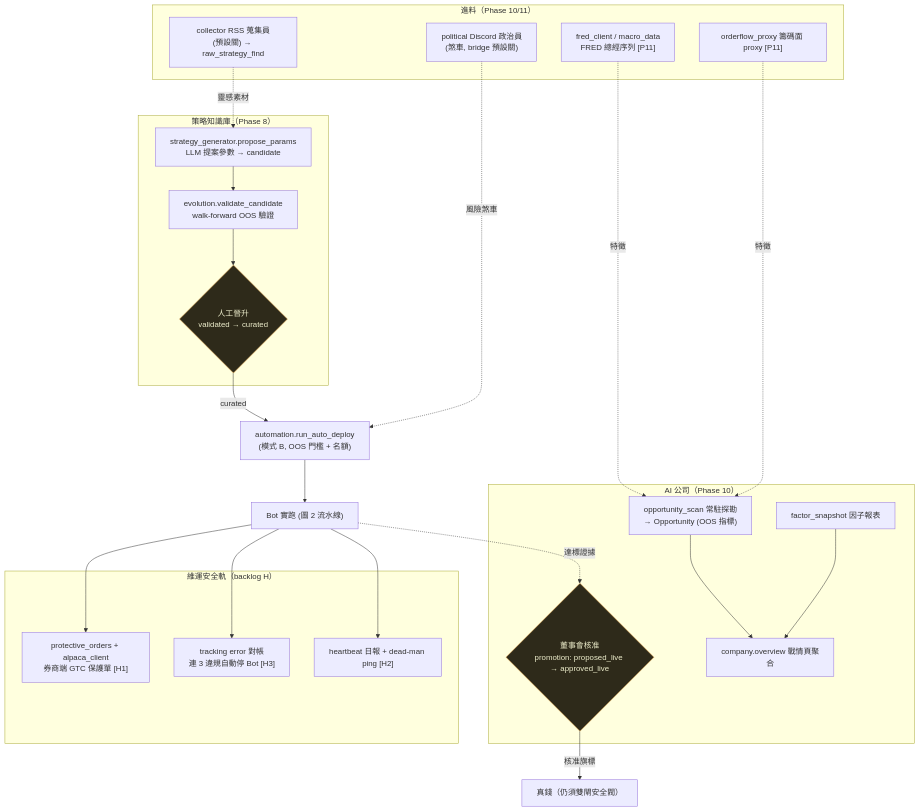
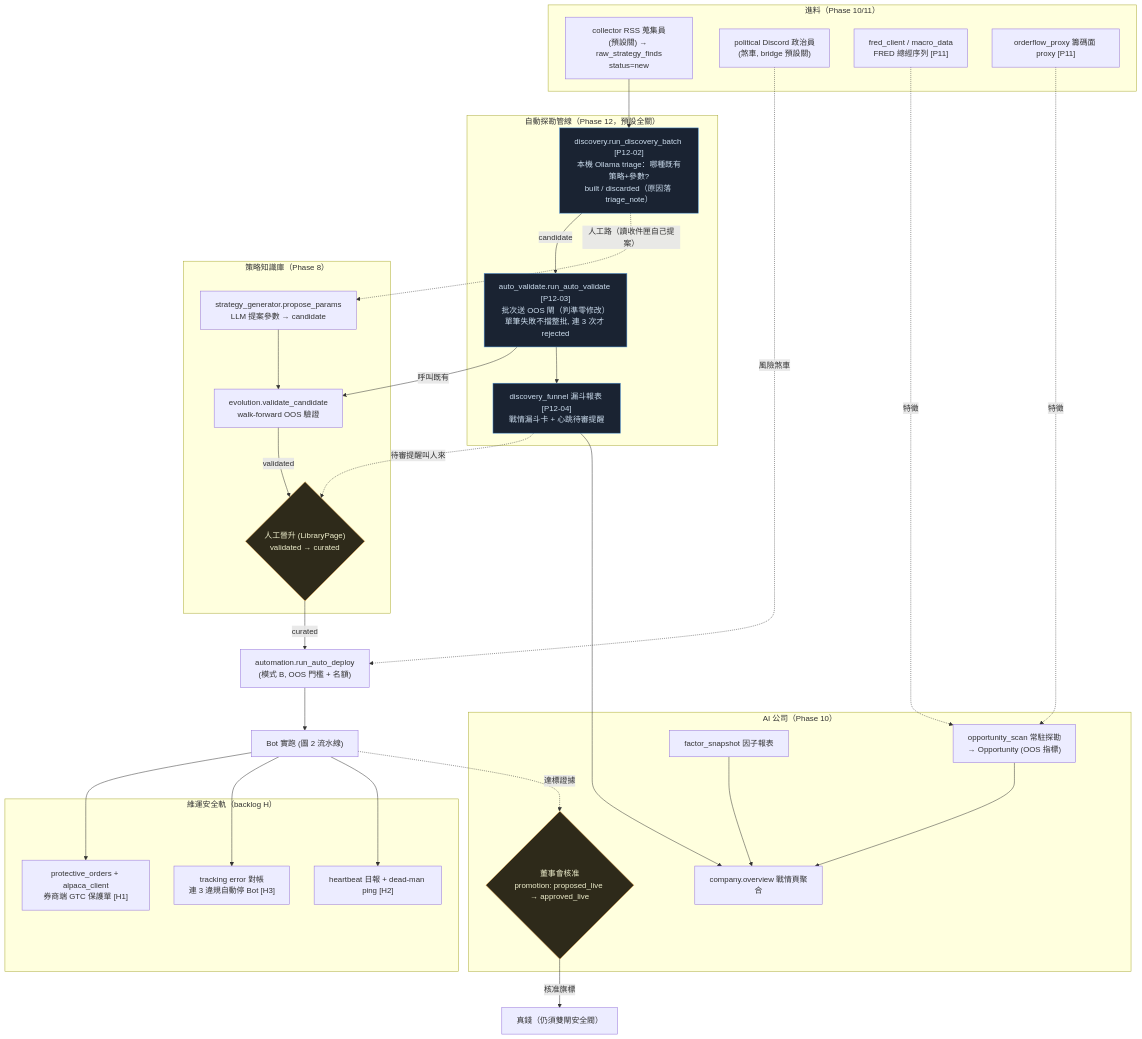
The fifth of 6 diagrams in docs/reference/workflow-diagrams.md (AlexChang1999/Albee_Stock), drawn with Mermaid before and after one commit. The commit also changed other lines of this file and 2 other files, not shown here.

First line of the commit message:
docs(reference): 工作流圖完善——圖 5 擴 Phase 12 探勘管線 + 新增圖 6 手工新增策略

````diff
--- a/docs/reference/workflow-diagrams.md
+++ b/docs/reference/workflow-diagrams.md
@@ -193,46 +196,61 @@
 ```mermaid
 flowchart TD
     subgraph FEED["進料（Phase 10/11）"]
-        COL["collector RSS 蒐集員<br/>(預設關) → raw_strategy_find"]
+        COL["collector RSS 蒐集員<br/>(預設關) → raw_strategy_finds<br/>status=new"]
         POL["political Discord 政治員<br/>(煞車, bridge 預設關)"]
         MAC["fred_client / macro_data<br/>FRED 總經序列 [P11]"]
         OFP["orderflow_proxy 籌碼面 proxy [P11]"]
     end
 
+    subgraph P12["自動探勘管線（Phase 12，預設全關）"]
+        DISC["discovery.run_discovery_batch [P12-02]<br/>本機 Ollama triage：哪種既有策略+參數?<br/>built / discarded（原因落 triage_note）"]
+        AV["auto_validate.run_auto_validate [P12-03]<br/>批次送 OOS 閘（判準零修改）<br/>單筆失敗不擋整批, 連 3 次才 rejected"]
+        FUN["discovery_funnel 漏斗報表 [P12-04]<br/>戰情漏斗卡 + 心跳待審提醒"]
+    end
+
     subgraph KNOW["策略知識庫（Phase 8）"]
         GEN["strategy_generator.propose_params<br/>LLM 提案參數 → candidate"]
         VAL["evolution.validate_candidate<br/>walk-forward OOS 驗證"]
-        PROM{"人工晉升<br/>validated → curated"}
+        PROM{"人工晉升 (LibraryPage)<br/>validated → curated"}
     end
 
     subgraph COMPANY["AI 公司（Phase 10）"]
         SCAN["opportunity_scan 常駐探勘<br/>→ Opportunity (OOS 指標)"]
         FAC["factor_snapshot 因子報表"]
         OVR["company.overview 戰情頁聚合"]
         BOARD{"董事會核准<br/>promotion: proposed_live → approved_live"}
     end
 
     subgraph OPS["維運安全軌（backlog H）"]
         PROT["protective_orders + alpaca_client<br/>券商端 GTC 保護單 [H1]"]
         HB["heartbeat 日報 + dead-man ping [H2]"]
         TRK["tracking error 對帳<br/>連 3 違規自動停 Bot [H3]"]
     end
 
-    COL -.靈感素材.-> GEN
-    GEN --> VAL --> PROM
+    COL --> DISC
+    DISC -- candidate --> AV
+    DISC -.人工路（讀收件匣自己提案）.-> GEN
+    GEN --> VAL
+    AV -- 呼叫既有 --> VAL
+    VAL -- validated --> PROM
+    FUN -.待審提醒叫人來.-> PROM
+    AV --> FUN
     PROM -- curated --> DEPLOY["automation.run_auto_deploy<br/>(模式 B, OOS 門檻 + 名額)"]
     SCAN --> OVR
     FAC --> OVR
+    FUN --> OVR
     POL -.風險煞車.-> DEPLOY
     MAC -.特徵.-> SCAN
     OFP -.特徵.-> SCAN
     DEPLOY --> BOT["Bot 實跑 (圖 2 流水線)"]
     BOT --> PROT
     BOT --> TRK
     BOT --> HB
     BOT -. 達標證據 .-> BOARD
     BOARD -- 核准旗標 --> LIVE["真錢（仍須雙閘安全閥）"]
 
     classDef human fill:#2e2a1a,stroke:#f0ad4e,color:#eec
+    classDef p12 fill:#1a2332,stroke:#4a90d9,color:#cde
     class PROM,BOARD human
+    class DISC,AV,FUN p12
 ```
````
